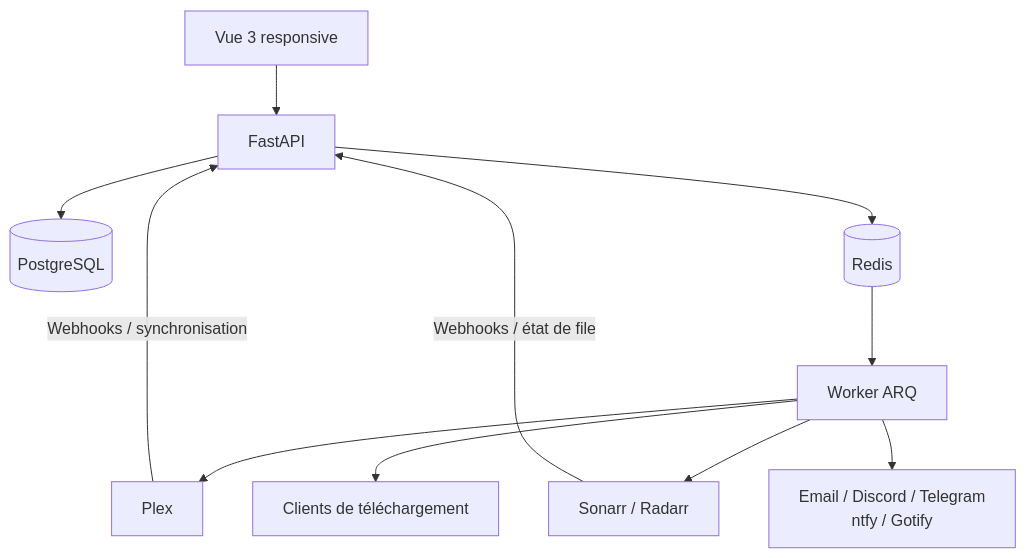
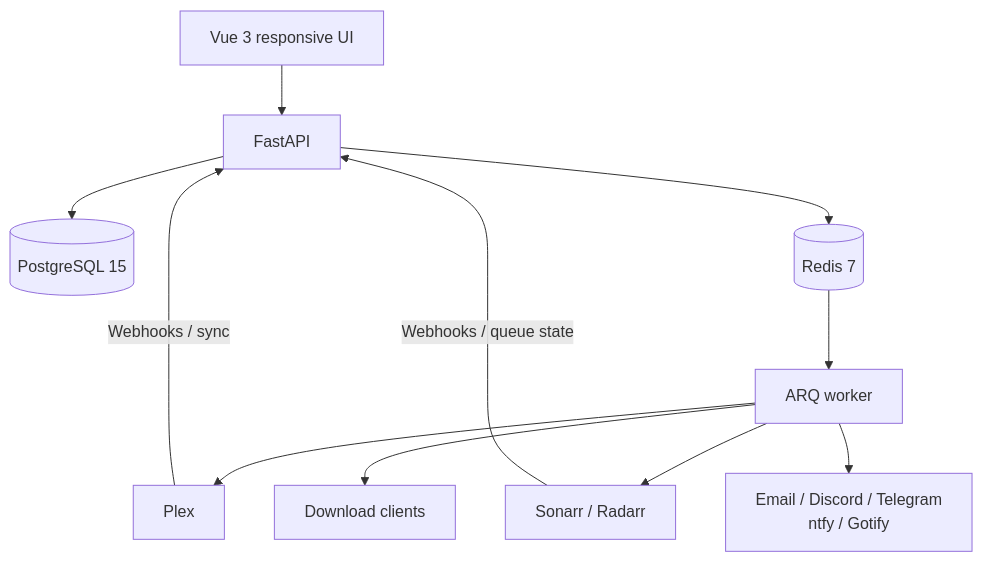
One commit to remi-deher/plex-rss changed the second of 2 diagrams in README.md. Above: the diagram before and after it, drawn with Mermaid. The commit also changed other lines of this file and 3 other files, not shown here.

````diff
--- a/README.md
+++ b/README.md
@@ -100,13 +104,13 @@
 ```mermaid
 flowchart TB
-    UI["Vue 3 responsive"] --> API["FastAPI"]
-    API --> PG[("PostgreSQL")]
-    API --> REDIS[("Redis")]
-    REDIS --> WORKER["Worker ARQ"]
+    UI["Vue 3 responsive UI"] --> API["FastAPI"]
+    API --> PG[("PostgreSQL 15")]
+    API --> REDIS[("Redis 7")]
+    REDIS --> WORKER["ARQ worker"]
     WORKER --> PLEX["Plex"]
     WORKER --> ARR["Sonarr / Radarr"]
-    WORKER --> CLIENTS["Clients de téléchargement"]
+    WORKER --> CLIENTS["Download clients"]
     WORKER --> CHANNELS["Email / Discord / Telegram<br/>ntfy / Gotify"]
-    PLEX -->|Webhooks / synchronisation| API
-    ARR -->|Webhooks / état de file| API
+    PLEX -->|Webhooks / sync| API
+    ARR -->|Webhooks / queue state| API
 ```
````
